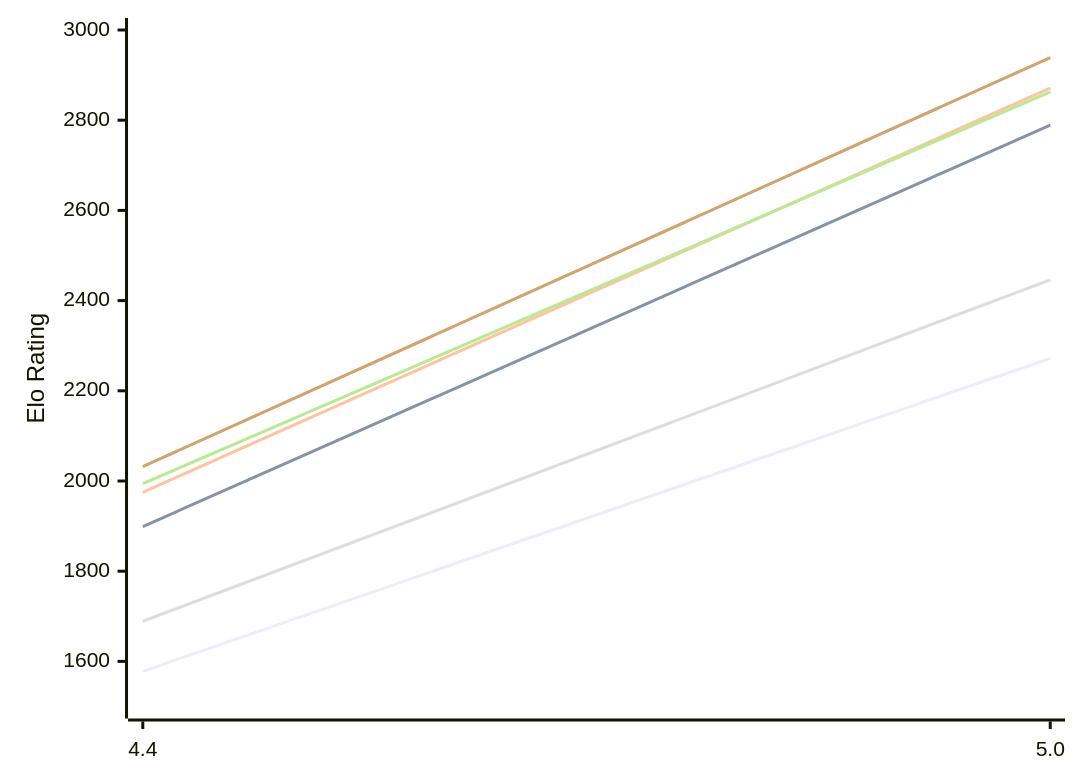
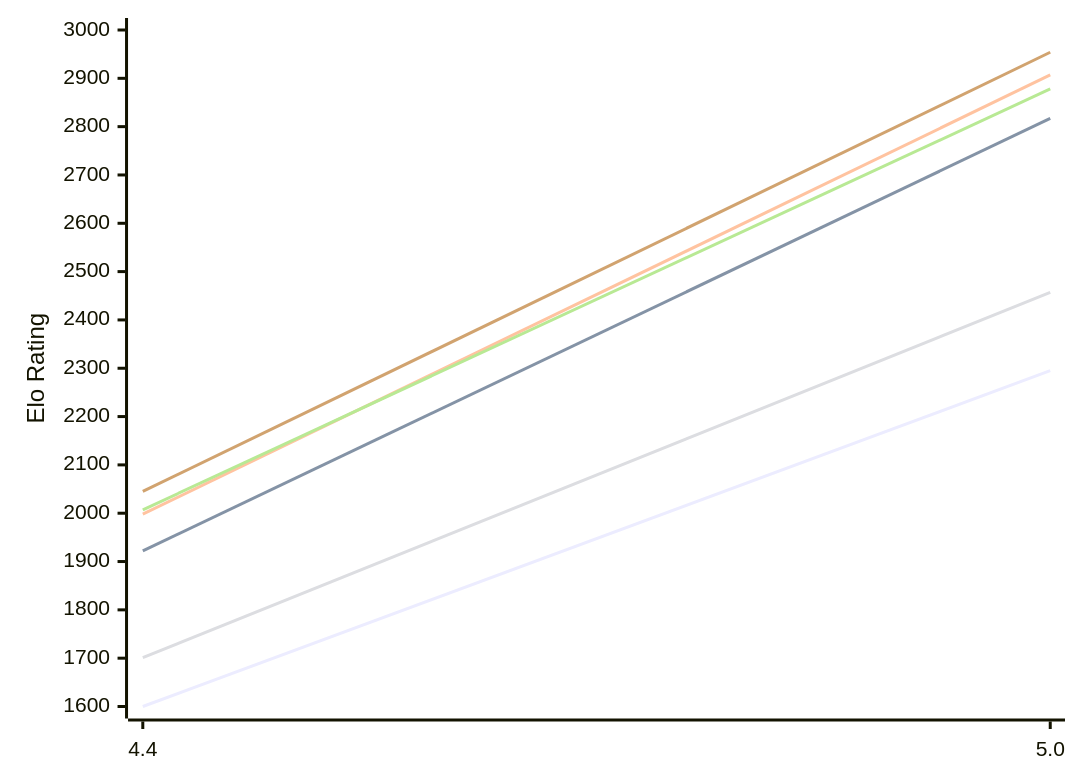
Before and after one commit to computer-chess-index/cci: the first of 2 diagrams in engines/Radiance.md, drawn with Mermaid. The commit also changed other lines of this file, not shown here.

Commit message:
Update CCI Ratings (ELO VLTC) - 2026-10-24

````diff
--- a/engines/Radiance.md
+++ b/engines/Radiance.md
@@ -51,12 +51,12 @@
 ```mermaid
 %%{init: {"theme":"base","themeVariables":{"seriesColors:['#a3a3a3','#222221','#faa371']}}}%%
 xychart-beta
   x-axis ["4.4", "5.0"]
-  y-axis "Elo Rating" 1500 --> 3000
-  line "E1: STC (8.0+0.08s)" [1578, 2272]
-  line "E1: LTC (60.0+0.60s)" [1899, 2789]
-  line "E1: VLTC (2m24s+1.12s)" [1975, 2871]
-  line "P1: STC (8.0+0.08s)" [1689, 2446]
-  line "P1: LTC (60.0+0.60s)" [1994, 2863]
-  line "P1: VLTC (2m24s+1.12s)" [2032, 2939]
+  y-axis "Elo Rating" 1600 --> 3000
+  line "E1: STC (8.0+0.08s)" [1600, 2295]
+  line "E1: LTC (60.0+0.60s)" [1922, 2817]
+  line "E1: VLTC (2m24s+1.12s)" [1998, 2907]
+  line "P1: STC (8.0+0.08s)" [1701, 2457]
+  line "P1: LTC (60.0+0.60s)" [2007, 2878]
+  line "P1: VLTC (2m24s+1.12s)" [2045, 2954]
 ```
````
